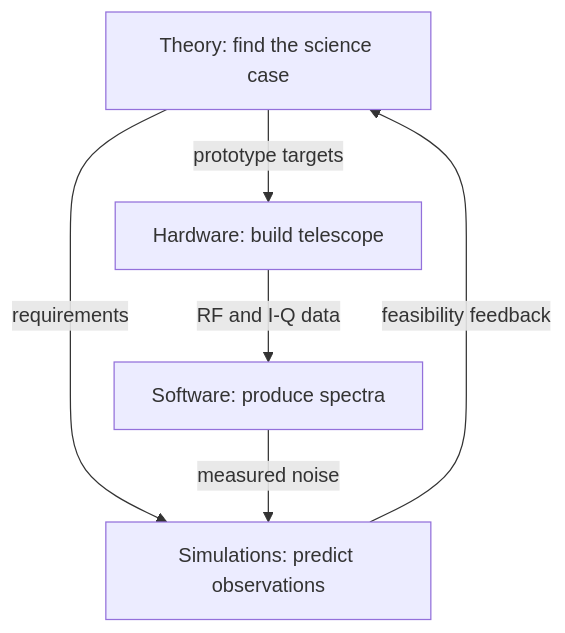
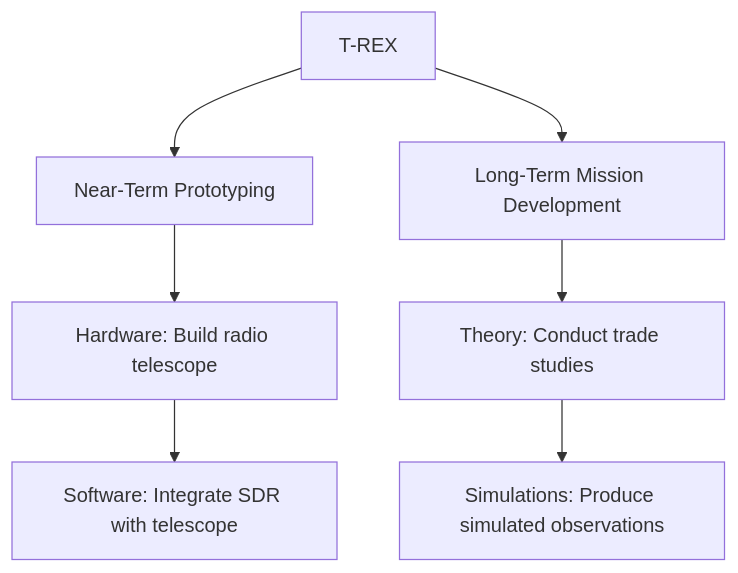
The diagram in README.md (T-REX-Sat/T-REX), drawn with Mermaid before and after one commit.

Commit message:
Enhance workflow diagram with T-REX details
Added new workflow elements for T-REX project.

````diff
--- a/README.md
+++ b/README.md
@@ -41,8 +41,11 @@
 ```mermaid
 flowchart TD
-    T["Theory: find the science case"] -->|requirements| S["Simulations: predict observations"]
-    T -->|prototype targets| H["Hardware: build telescope"]
-    H -->|RF and I-Q data| W["Software: produce spectra"]
-    W -->|measured noise| S
-    S -->|feasibility feedback| T
+    A["T-REX"] --> N["Near-Term Prototyping"]
+    A --> L["Long-Term Mission Development"]
+
+    N --> H["Hardware: Build radio telescope"]
+    H --> S["Software: Integrate SDR with telescope"]
+
+    L --> T["Theory: Conduct trade studies"]
+    T --> I["Simulations: Produce simulated observations"]
 ```
````
